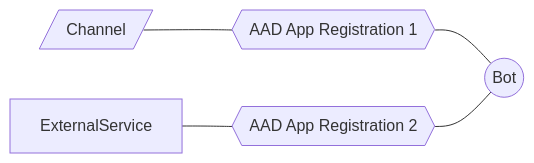
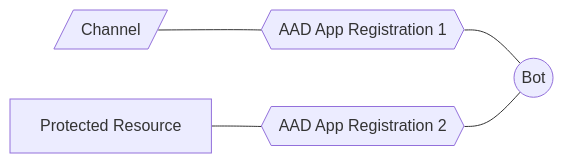
One commit to Zerryth/Mermaid changed the diagram in MarkdownFiles/Authentication/HigherLevelAddAuthToYourBotViaABS.md. Above: the diagram before and after it, drawn with Mermaid. The commit also changed 9 other files, not shown here.

Commit message:
Updated diagrams with feedback given from Carlos

````diff
--- a/MarkdownFiles/Authentication/HigherLevelAddAuthToYourBotViaABS.md
+++ b/MarkdownFiles/Authentication/HigherLevelAddAuthToYourBotViaABS.md
@@ -1,8 +1,8 @@
 ```mermaid
     graph LR
         Channel[/Channel/] --- AAD1{{AAD App Registration 1}}
         AAD1  --- Bot((Bot))
         
-        ExternalService --- AAD2{{AAD App Registration 2}}
+        ProtectedResource[Protected Resource] --- AAD2{{AAD App Registration 2}}
         AAD2  --- Bot
 ```
````
